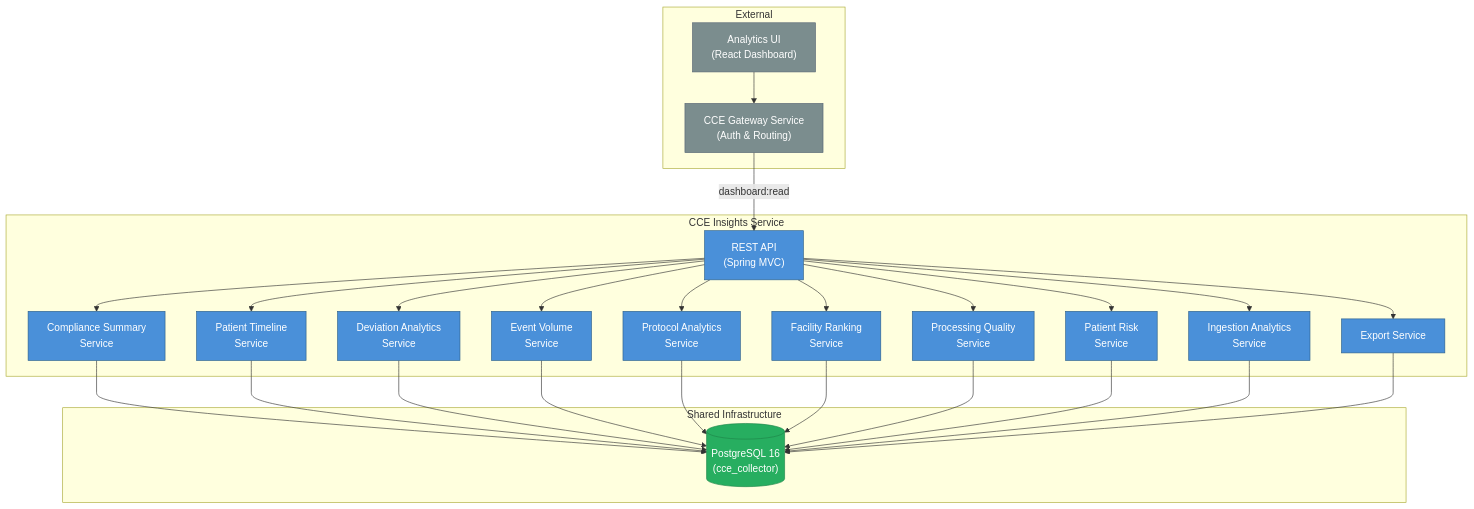
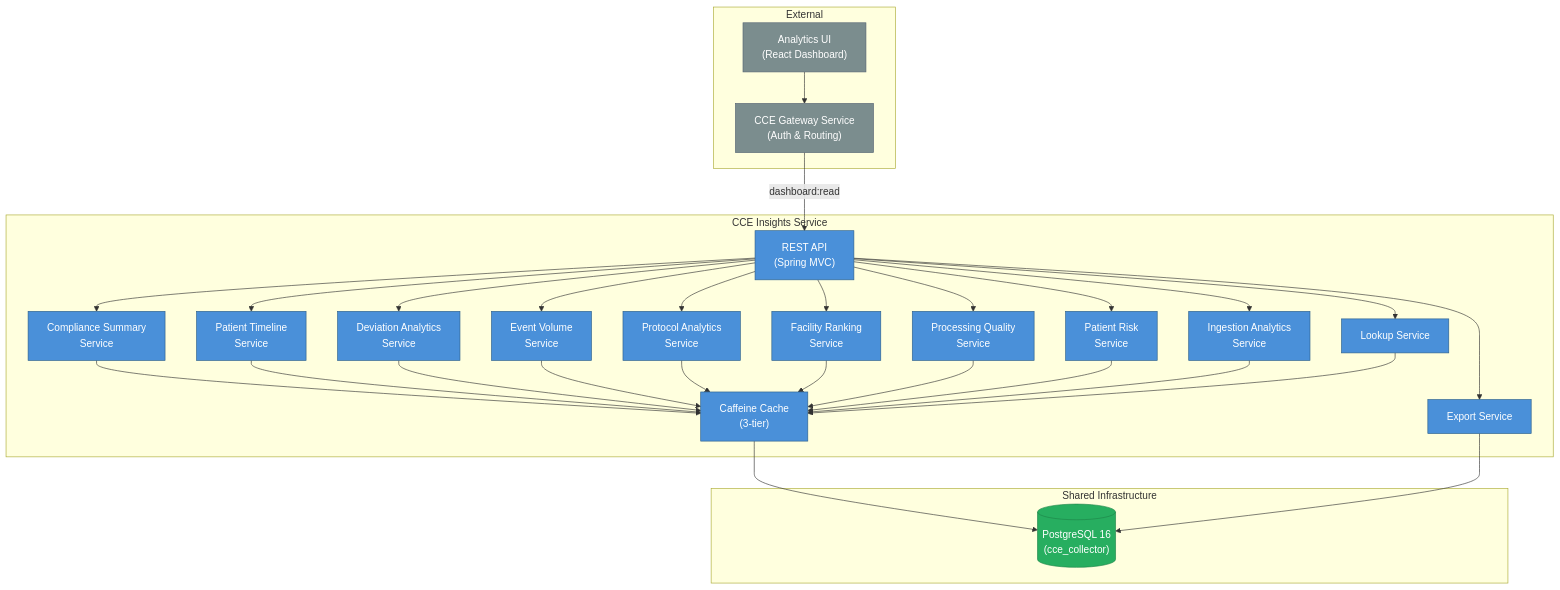
Before and after one commit to AjishaVayoli-Tarento/cce-insights-service: the diagram in docs/architecture-overview.md, drawn with Mermaid. The commit also changed other lines of this file and 13 other files, not shown here.

````diff
--- a/docs/architecture-overview.md
+++ b/docs/architecture-overview.md
@@ -9,56 +9,61 @@
 ```mermaid
 graph TB
     subgraph External
         UI["Analytics UI<br/>(React Dashboard)"]
         GATEWAY["CCE Gateway Service<br/>(Auth & Routing)"]
     end
 
     subgraph CCE Insights Service
         API["REST API<br/>(Spring MVC)"]
+        CACHE["Caffeine Cache<br/>(3-tier)"]
         SUMMARY["Compliance Summary<br/>Service"]
         TIMELINE["Patient Timeline<br/>Service"]
         DEVIATION["Deviation Analytics<br/>Service"]
         EVENTVOLUME["Event Volume<br/>Service"]
         PROTOCOL["Protocol Analytics<br/>Service"]
         FACILITY["Facility Ranking<br/>Service"]
         QUALITY["Processing Quality<br/>Service"]
         RISK["Patient Risk<br/>Service"]
         INGESTION["Ingestion Analytics<br/>Service"]
         EXPORT["Export Service"]
+        LOOKUP["Lookup Service"]
     end
 
     subgraph Shared Infrastructure
         DB[("PostgreSQL 16<br/>(cce_collector)")]
     end
 
     UI --> GATEWAY
     GATEWAY -->|"dashboard:read"| API
     API --> SUMMARY
     API --> TIMELINE
     API --> DEVIATION
     API --> EVENTVOLUME
     API --> PROTOCOL
     API --> FACILITY
     API --> QUALITY
     API --> RISK
     API --> INGESTION
     API --> EXPORT
-    SUMMARY --> DB
-    TIMELINE --> DB
-    DEVIATION --> DB
-    EVENTVOLUME --> DB
-    PROTOCOL --> DB
-    FACILITY --> DB
-    QUALITY --> DB
-    RISK --> DB
-    INGESTION --> DB
+    API --> LOOKUP
+    SUMMARY --> CACHE
+    TIMELINE --> CACHE
+    DEVIATION --> CACHE
+    EVENTVOLUME --> CACHE
+    PROTOCOL --> CACHE
+    FACILITY --> CACHE
+    QUALITY --> CACHE
+    RISK --> CACHE
+    INGESTION --> CACHE
+    LOOKUP --> CACHE
+    CACHE --> DB
     EXPORT --> DB
 
     classDef service fill:#4A90D9,stroke:#2C5F8A,color:white
     classDef external fill:#7B8D8E,stroke:#566573,color:white
     classDef data fill:#27AE60,stroke:#1E8449,color:white
 
-    class API,SUMMARY,TIMELINE,DEVIATION,EVENTVOLUME,PROTOCOL,FACILITY,QUALITY,RISK,INGESTION,EXPORT service
+    class API,SUMMARY,TIMELINE,DEVIATION,EVENTVOLUME,PROTOCOL,FACILITY,QUALITY,RISK,INGESTION,EXPORT,LOOKUP,CACHE service
     class UI,GATEWAY external
     class DB data
 ```
````
